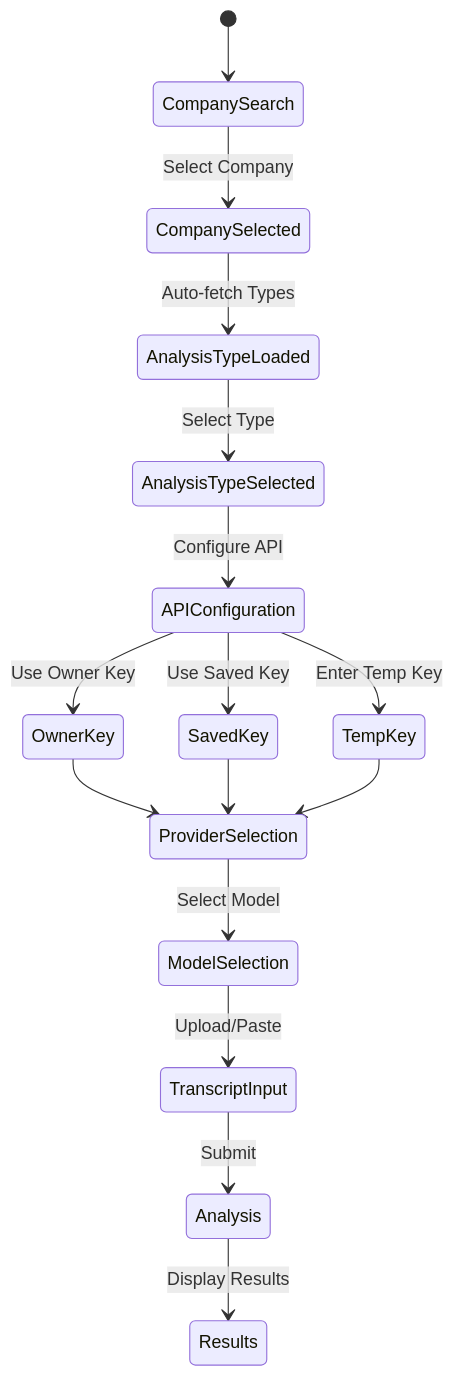
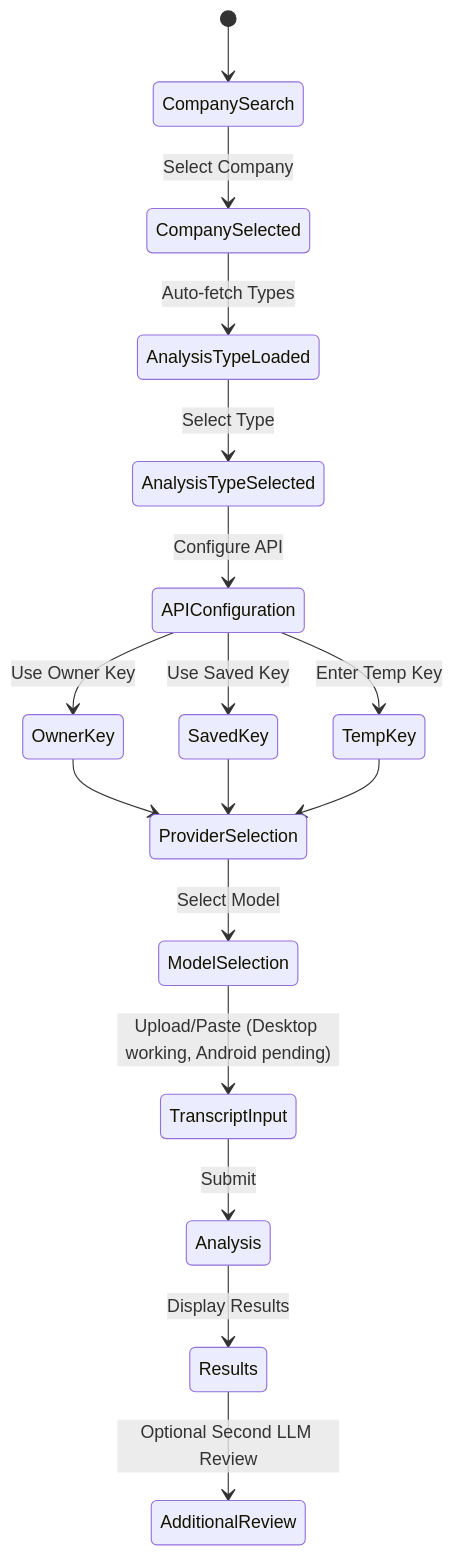
Before and after one commit to lanoitcif/nextER: the second of 2 diagrams in DOCUMENTATION.md, drawn with Mermaid. The commit also changed other lines of this file and 5 other files, not shown here.

````diff
--- a/DOCUMENTATION.md
+++ b/DOCUMENTATION.md
@@ -141,21 +141,22 @@
 ```mermaid
 stateDiagram-v2
     [*] --> CompanySearch
     CompanySearch --> CompanySelected: Select Company
     CompanySelected --> AnalysisTypeLoaded: Auto-fetch Types
     AnalysisTypeLoaded --> AnalysisTypeSelected: Select Type
     AnalysisTypeSelected --> APIConfiguration: Configure API
     
     APIConfiguration --> OwnerKey: Use Owner Key
     APIConfiguration --> SavedKey: Use Saved Key
     APIConfiguration --> TempKey: Enter Temp Key
     
     OwnerKey --> ProviderSelection
     SavedKey --> ProviderSelection
     TempKey --> ProviderSelection
     
     ProviderSelection --> ModelSelection: Select Model
-    ModelSelection --> TranscriptInput: Upload/Paste
+    ModelSelection --> TranscriptInput: Upload/Paste (Desktop working, Android pending)
     TranscriptInput --> Analysis: Submit
     Analysis --> Results: Display Results
+    Results --> AdditionalReview: Optional Second LLM Review
 ```
````
